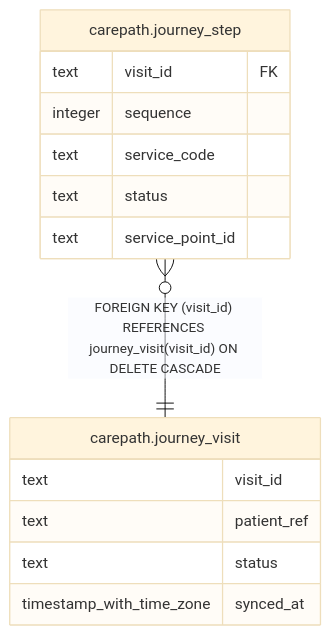
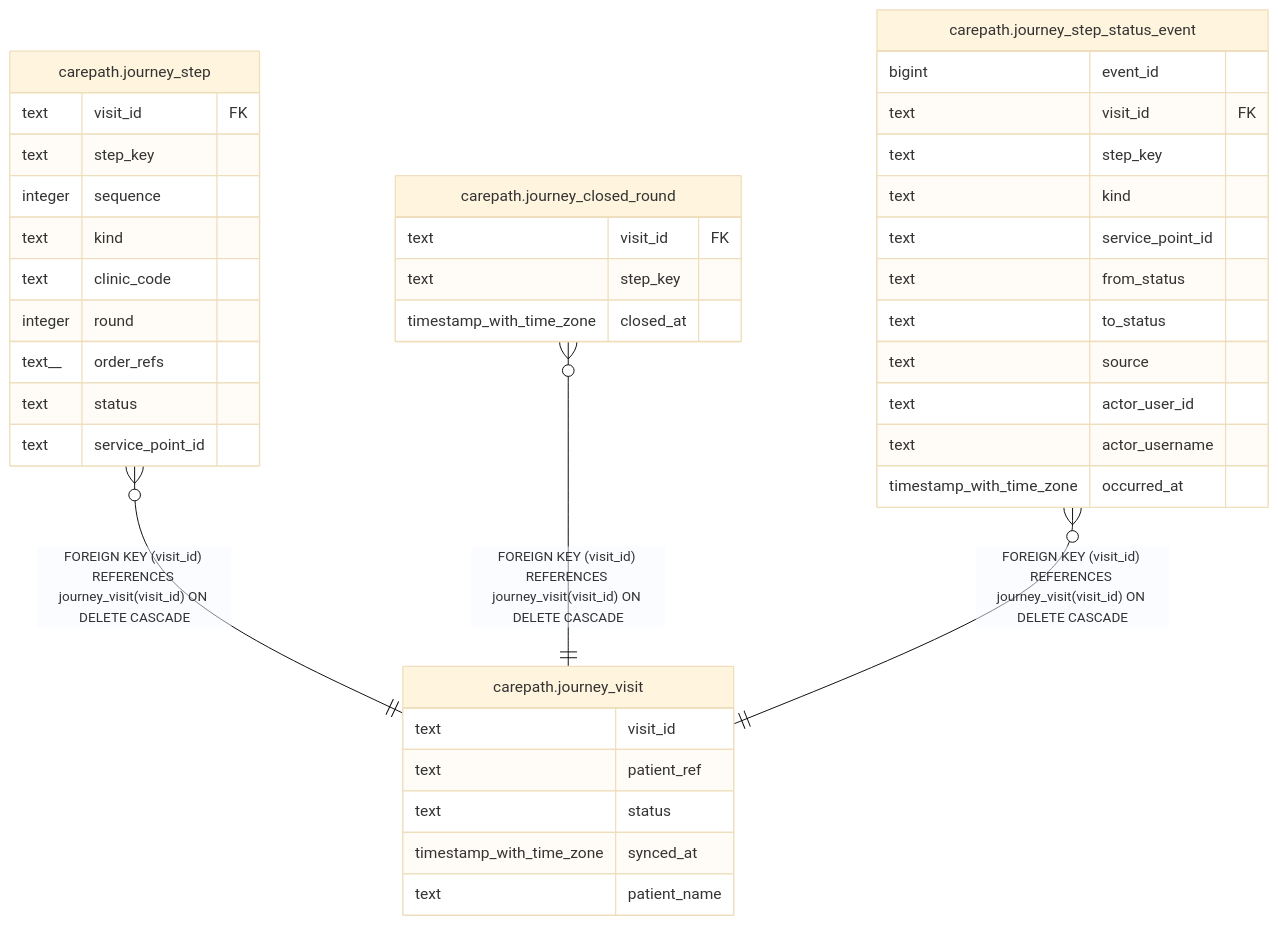
Before and after one commit to somprasongd/carepath: the diagram in docs/architecture/erd/carepath.journey_visit.md, drawn with Mermaid (base theme). The commit also changed other lines of this file and 29 other files, not shown here.

First line of the commit message:
Record every step status change as an append-only timeline (#85)

````diff
--- a/docs/architecture/erd/carepath.journey_visit.md
+++ b/docs/architecture/erd/carepath.journey_visit.md
@@ -26,19 +27,44 @@
 ```mermaid
 erDiagram
 
 "carepath.journey_step" }o--|| "carepath.journey_visit" : "FOREIGN KEY (visit_id) REFERENCES journey_visit(visit_id) ON DELETE CASCADE"
+"carepath.journey_closed_round" }o--|| "carepath.journey_visit" : "FOREIGN KEY (visit_id) REFERENCES journey_visit(visit_id) ON DELETE CASCADE"
+"carepath.journey_step_status_event" }o--|| "carepath.journey_visit" : "FOREIGN KEY (visit_id) REFERENCES journey_visit(visit_id) ON DELETE CASCADE"
 
 "carepath.journey_visit" {
   text visit_id
   text patient_ref
   text status
   timestamp_with_time_zone synced_at
+  text patient_name
 }
 "carepath.journey_step" {
   text visit_id FK
+  text step_key
   integer sequence
-  text service_code
+  text kind
+  text clinic_code
+  integer round
+  text__ order_refs
   text status
   text service_point_id
 }
+"carepath.journey_closed_round" {
+  text visit_id FK
+  text step_key
+  timestamp_with_time_zone closed_at
+}
+"carepath.journey_step_status_event" {
+  bigint event_id
+  text visit_id FK
+  text step_key
+  text kind
+  text service_point_id
+  text from_status
+  text to_status
+  text source
+  text actor_user_id
+  text actor_username
+  timestamp_with_time_zone occurred_at
+}
 ```
````
